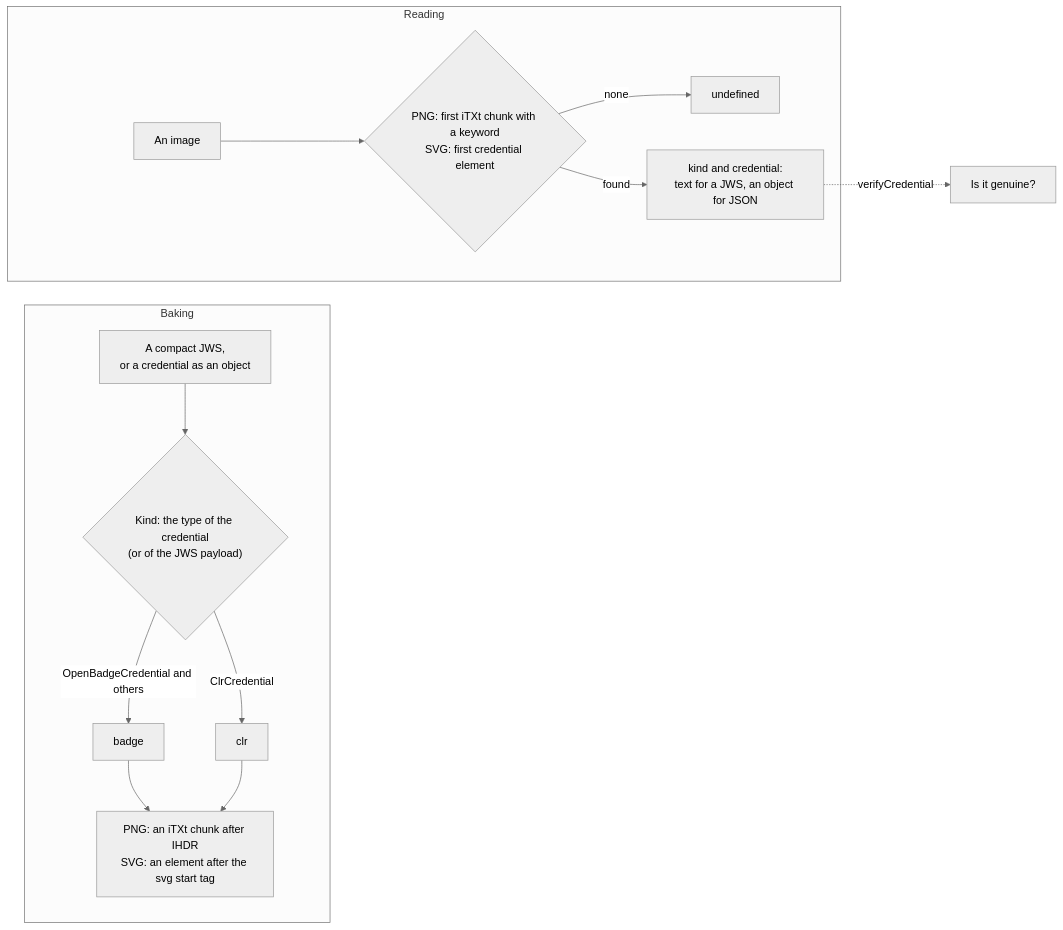
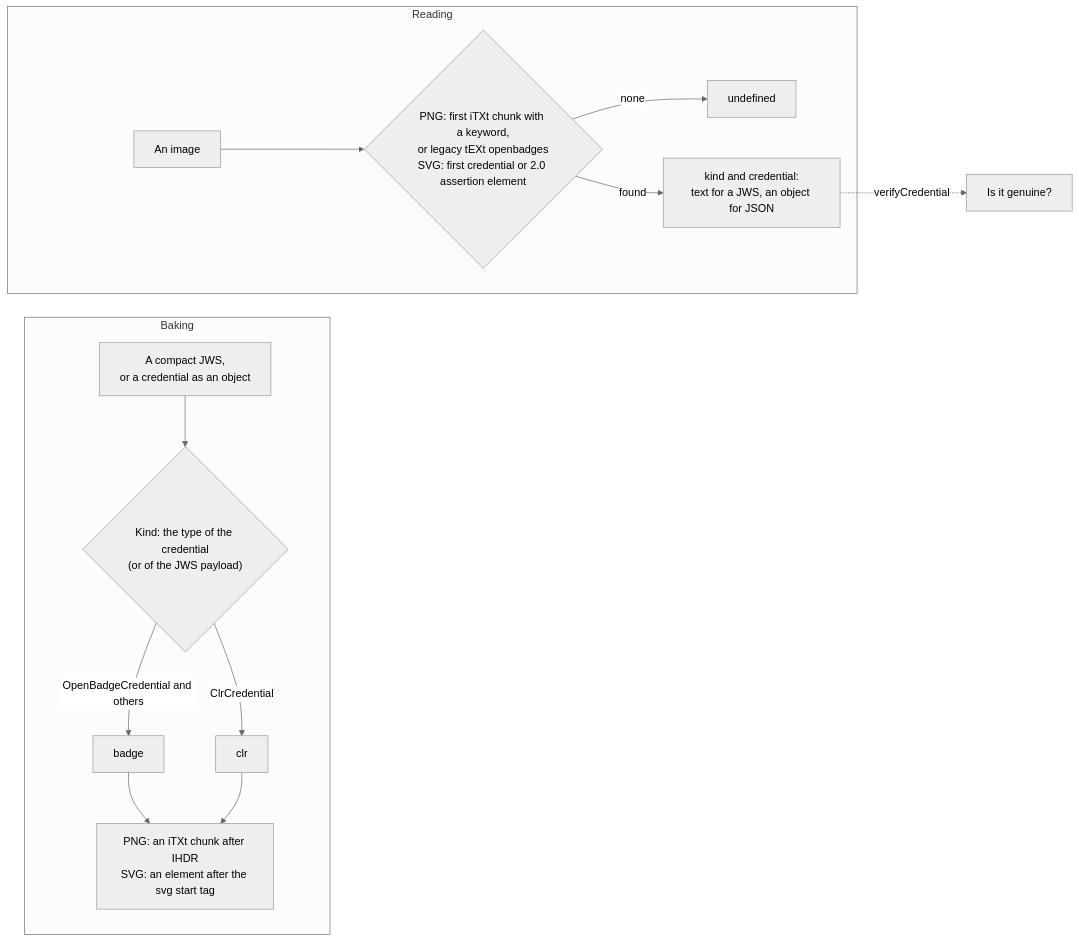
Before and after one commit to interopkit/interopkit: the diagram in docs/achievement-credentials/baking.md, drawn with Mermaid (neutral theme). The commit also changed other lines of this file and 23 other files, not shown here.

First line of the commit message:
Read Open Badges 2.0 badges out of PNG and SVG images

````diff
--- a/docs/achievement-credentials/baking.md
+++ b/docs/achievement-credentials/baking.md
@@ -9,16 +10,16 @@
 ```mermaid
 flowchart LR
   subgraph bake["Baking"]
     c1["A compact JWS,<br/>or a credential as an object"] --> t1{"Kind: the type of the credential<br/>(or of the JWS payload)"}
     t1 -->|"OpenBadgeCredential and others"| b1["badge"]
     t1 -->|"ClrCredential"| k1["clr"]
     b1 --> w1["PNG: an iTXt chunk after IHDR<br/>SVG: an element after the svg start tag"]
     k1 --> w1
   end
   subgraph read["Reading"]
-    i2["An image"] --> p2{"PNG: first iTXt chunk with a keyword<br/>SVG: first credential element"}
+    i2["An image"] --> p2{"PNG: first iTXt chunk with a keyword,<br/>or legacy tEXt openbadges<br/>SVG: first credential or 2.0 assertion element"}
     p2 -->|"none"| u2["undefined"]
     p2 -->|"found"| r2["kind and credential:<br/>text for a JWS, an object for JSON"]
   end
   r2 -.->|"verifyCredential"| v2["Is it genuine?"]
 ```
````
